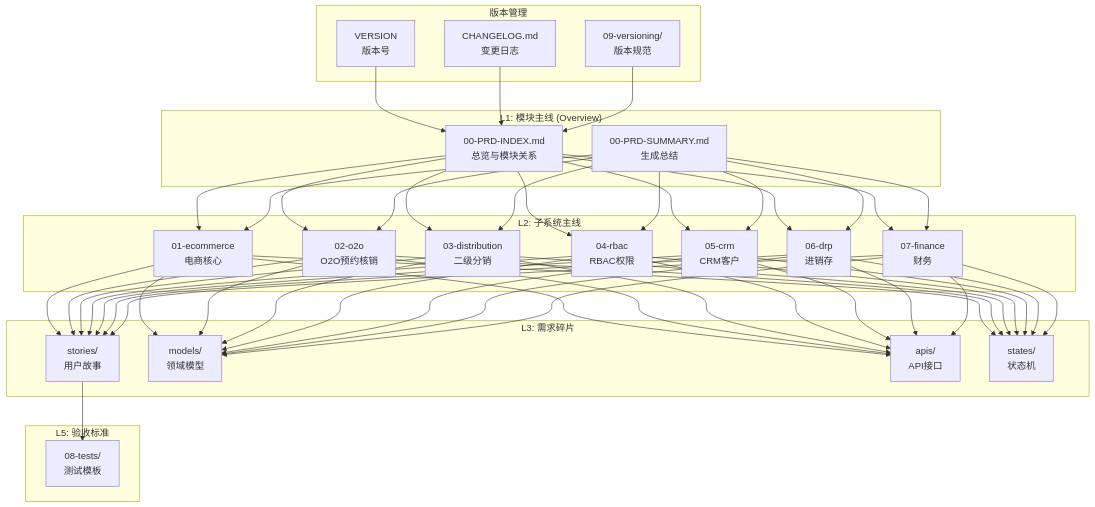
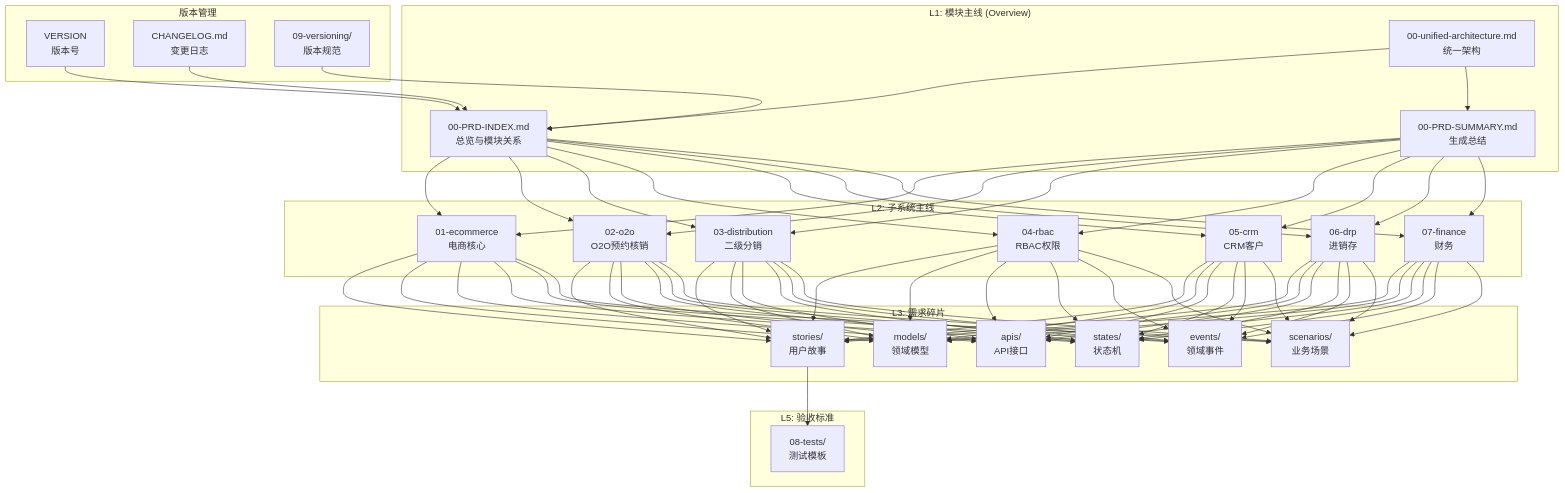
Before and after one commit to wxyClark/laravel-filament: the diagram in doc/PRD/00-PRD-INDEX.md, drawn with Mermaid. The commit also changed other lines of this file and 23 other files, not shown here.

````diff
--- a/doc/PRD/00-PRD-INDEX.md
+++ b/doc/PRD/00-PRD-INDEX.md
@@ -9,39 +9,43 @@
 ```mermaid
 graph TB
     subgraph "L1: 模块主线 (Overview)"
         INDEX[00-PRD-INDEX.md<br/>总览与模块关系]
         SUMMARY[00-PRD-SUMMARY.md<br/>生成总结]
+        ARCH[00-unified-architecture.md<br/>统一架构]
     end
     
     subgraph "L2: 子系统主线"
         ECOM[01-ecommerce<br/>电商核心]
         O2O[02-o2o<br/>O2O预约核销]
         DIST[03-distribution<br/>二级分销]
         RBAC[04-rbac<br/>RBAC权限]
         CRM[05-crm<br/>CRM客户]
         DRP[06-drp<br/>进销存]
         FIN[07-finance<br/>财务]
     end
     
     subgraph "L3: 需求碎片"
         STORIES[stories/<br/>用户故事]
         MODELS[models/<br/>领域模型]
         APIS[apis/<br/>API接口]
         STATES[states/<br/>状态机]
+        EVENTS[events/<br/>领域事件]
+        SCENARIOS[scenarios/<br/>业务场景]
     end
     
     subgraph "L5: 验收标准"
         TESTS[08-tests/<br/>测试模板]
     end
     
     subgraph "版本管理"
         VER[VERSION<br/>版本号]
         CHANGELOG[CHANGELOG.md<br/>变更日志]
         VERSPEC[09-versioning/<br/>版本规范]
     end
     
+    ARCH --> INDEX & SUMMARY
     INDEX & SUMMARY --> ECOM & O2O & DIST & RBAC & CRM & DRP & FIN
-    ECOM & O2O & DIST & RBAC & CRM & DRP & FIN --> STORIES & MODELS & APIS & STATES
+    ECOM & O2O & DIST & RBAC & CRM & DRP & FIN --> STORIES & MODELS & APIS & STATES & EVENTS & SCENARIOS
     STORIES --> TESTS
     VER & CHANGELOG & VERSPEC --> INDEX
 ```
````
